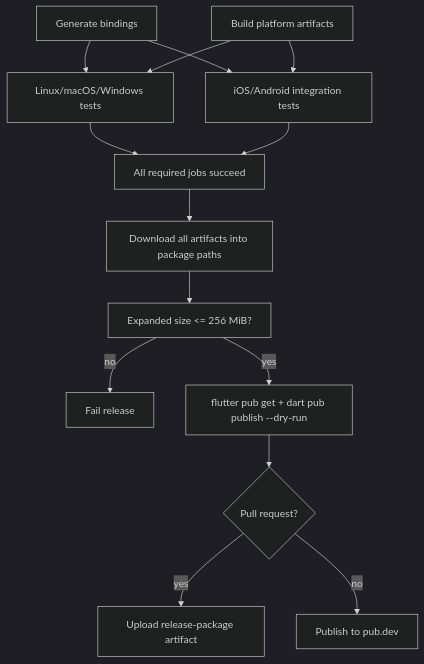
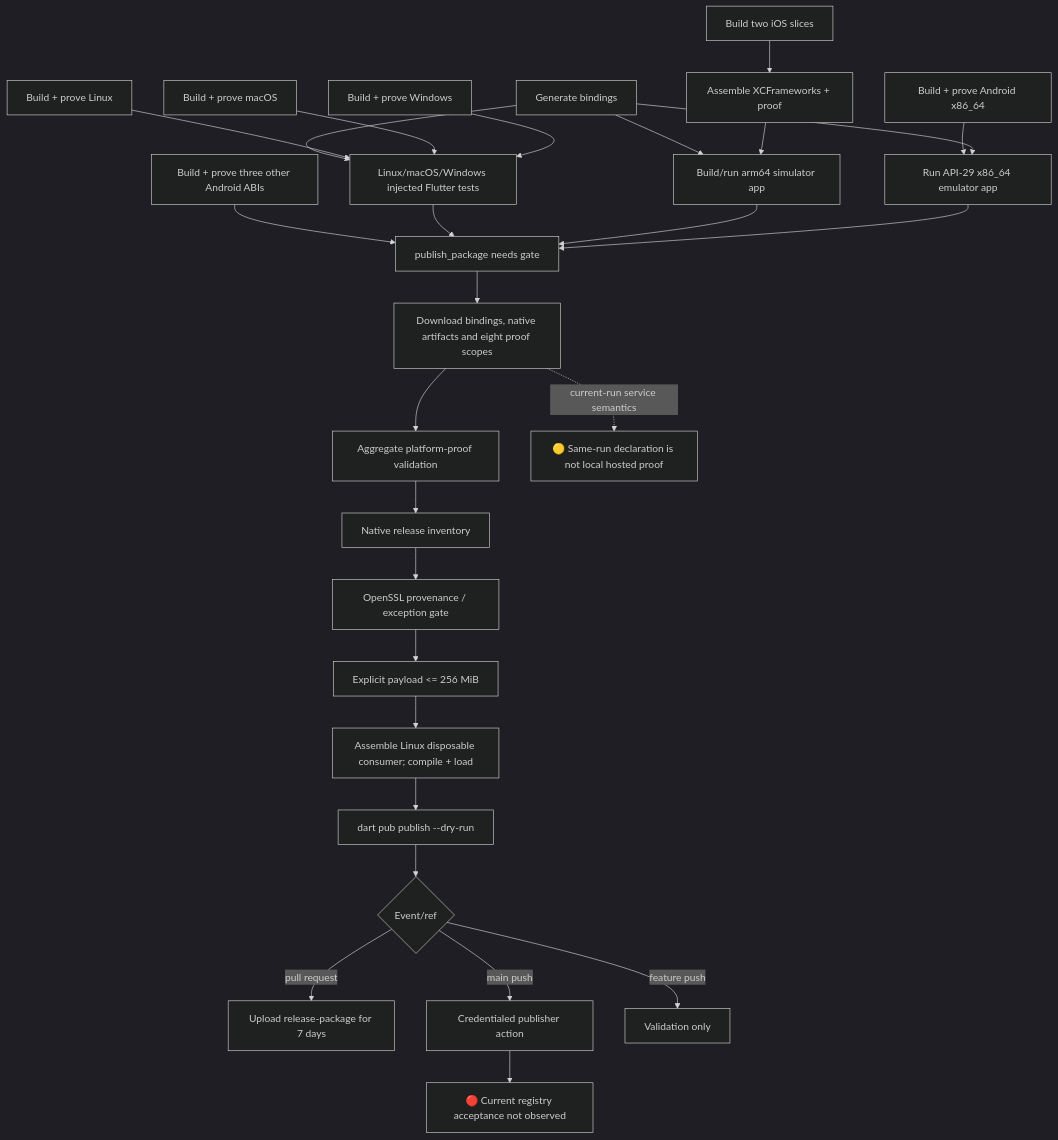
Before and after one commit to DartGit-dev/git2dart_binaries: the diagram in .reversa/_reversa_sdd/flowcharts/validation-release-assembly.md, drawn with Mermaid (dark theme). The commit also changed other lines of this file and 250 other files, not shown here.

Commit message:
Implement behavior-proof validation and harden platform proof gate

````diff
--- a/.reversa/_reversa_sdd/flowcharts/validation-release-assembly.md
+++ b/.reversa/_reversa_sdd/flowcharts/validation-release-assembly.md
@@ -3,16 +3,29 @@
 ```mermaid
 flowchart TD
-  Bindings["Generate bindings"] --> DesktopTests["Linux/macOS/Windows tests"]
-  Native["Build platform artifacts"] --> DesktopTests
-  Bindings --> MobileTests["iOS/Android integration tests"]
-  Native --> MobileTests
-  DesktopTests --> Gate["All required jobs succeed"]
-  MobileTests --> Gate
-  Gate --> Download["Download all artifacts into package paths"]
-  Download --> Size["Expanded size <= 256 MiB?"]
-  Size -- no --> Fail["Fail release"]
-  Size -- yes --> DryRun["flutter pub get + dart pub publish --dry-run"]
-  DryRun --> Event{"Pull request?"}
-  Event -- yes --> PR["Upload release-package artifact"]
-  Event -- no --> Publish["Publish to pub.dev"]
+  Bindings["Generate bindings"] --> Desktop["Linux/macOS/Windows injected Flutter tests"]
+  Linux["Build + prove Linux"] --> Desktop
+  Mac["Build + prove macOS"] --> Desktop
+  Windows["Build + prove Windows"] --> Desktop
+  IOSBuild["Build two iOS slices"] --> IOSAssemble["Assemble XCFrameworks + proof"]
+  Bindings --> IOSRun["Build/run arm64 simulator app"]
+  IOSAssemble --> IOSRun
+  AndroidX64["Build + prove Android x86_64"] --> AndroidRun["Run API-29 x86_64 emulator app"]
+  Bindings --> AndroidRun
+  AndroidOther["Build + prove three other Android ABIs"] --> Needs["publish_package needs gate"]
+  Desktop --> Needs
+  IOSRun --> Needs
+  AndroidRun --> Needs
+  Needs --> Download["Download bindings, native artifacts and eight proof scopes"]
+  Download --> Proof["Aggregate platform-proof validation"]
+  Proof --> Inventory["Native release inventory"]
+  Inventory --> Provenance["OpenSSL provenance / exception gate"]
+  Provenance --> Size["Explicit payload <= 256 MiB"]
+  Size --> Consumer["Assemble Linux disposable consumer; compile + load"]
+  Consumer --> DryRun["dart pub publish --dry-run"]
+  DryRun --> Event{"Event/ref"}
+  Event -- pull request --> PR["Upload release-package for 7 days"]
+  Event -- main push --> Publish["Credentialed publisher action"]
+  Event -- feature push --> Validated["Validation only"]
+  Publish --> Gap["🔴 Current registry acceptance not observed"]
+  Download -. "current-run service semantics" .-> Boundary["🟡 Same-run declaration is not local hosted proof"]
 ```
````
